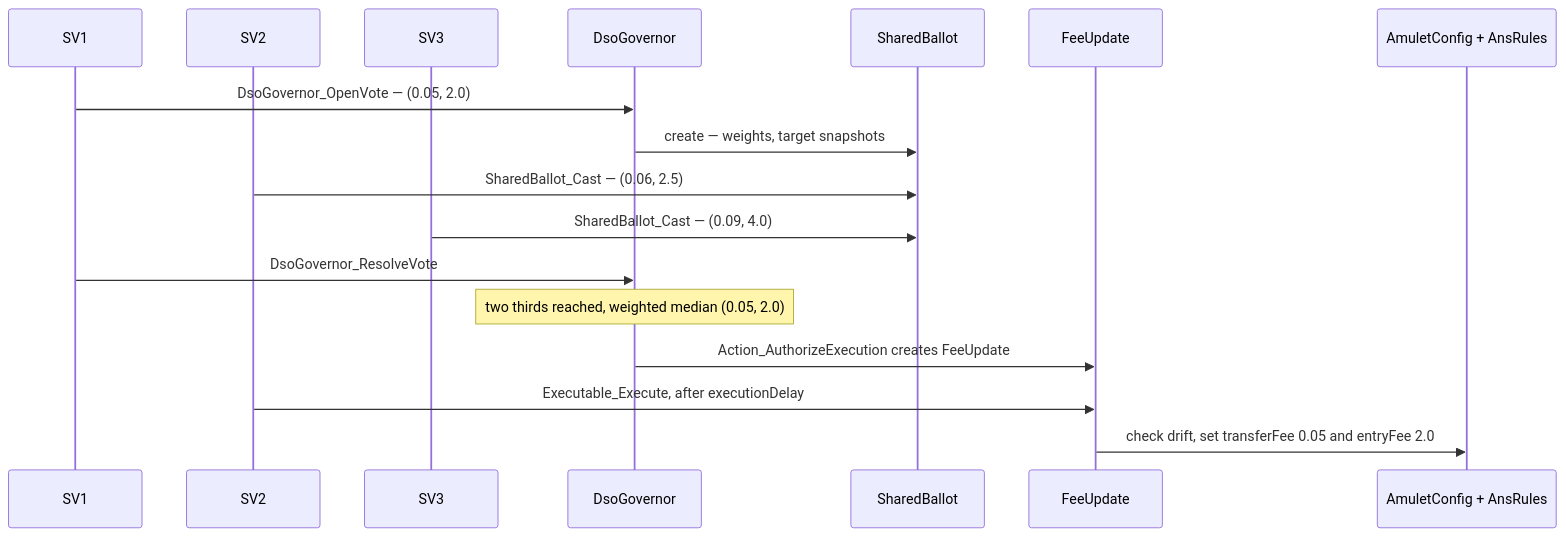
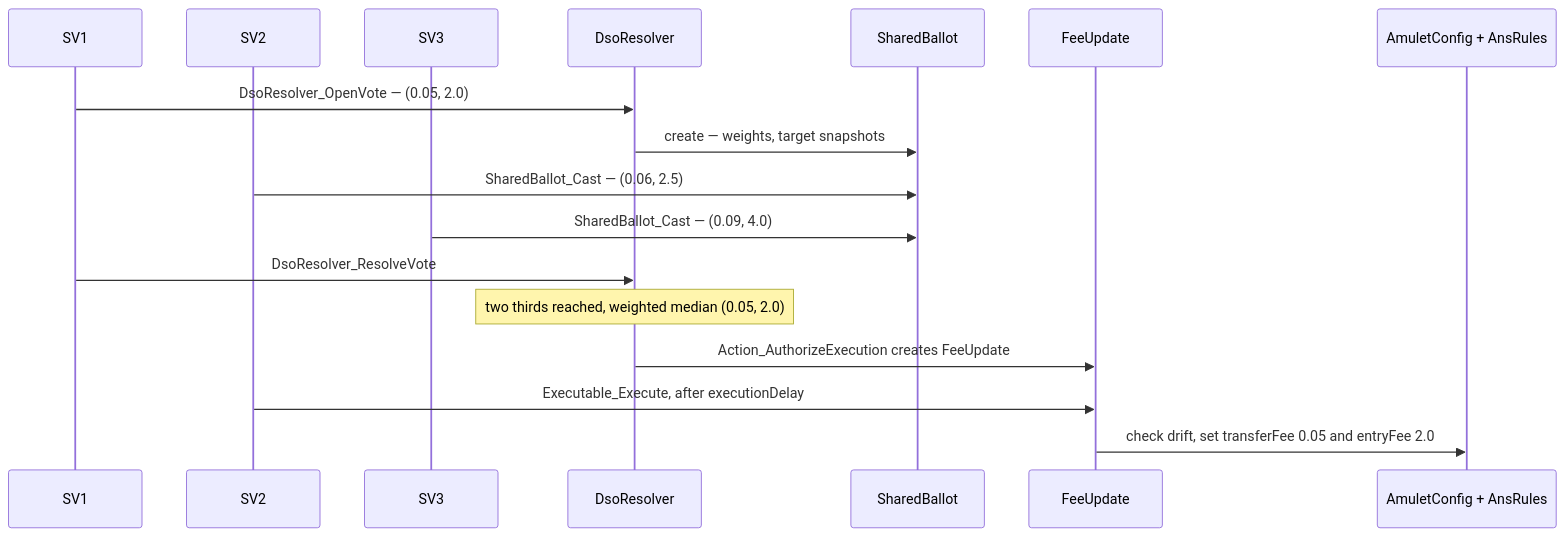
One commit to unlockitio/concordia changed the first of 4 diagrams in examples/governance/DEMOS-happy.md. Above: the diagram before and after it, drawn with Mermaid. The commit also changed other lines of this file and 31 other files, not shown here.

Commit message:
Rename Governor to Resolver, ResolutionRef to ResolutionInfo; move   governance docs to docs/governance

````diff
--- a/examples/governance/DEMOS-happy.md
+++ b/examples/governance/DEMOS-happy.md
@@ -40,20 +40,20 @@
 ```mermaid
 sequenceDiagram
     participant SV1
     participant SV2
     participant SV3
-    participant R as DsoGovernor
+    participant R as DsoResolver
     participant B as SharedBallot
     participant X as FeeUpdate
     participant T as AmuletConfig + AnsRules
 
-    SV1->>R: DsoGovernor_OpenVote — (0.05, 2.0)
+    SV1->>R: DsoResolver_OpenVote — (0.05, 2.0)
     R->>B: create — weights, target snapshots
     SV2->>B: SharedBallot_Cast — (0.06, 2.5)
     SV3->>B: SharedBallot_Cast — (0.09, 4.0)
-    SV1->>R: DsoGovernor_ResolveVote
+    SV1->>R: DsoResolver_ResolveVote
     Note over R: two thirds reached, weighted median (0.05, 2.0)
     R->>X: Action_AuthorizeExecution creates FeeUpdate
     SV2->>X: Executable_Execute, after executionDelay
     X->>T: check drift, set transferFee 0.05 and entryFee 2.0
 ```
````
